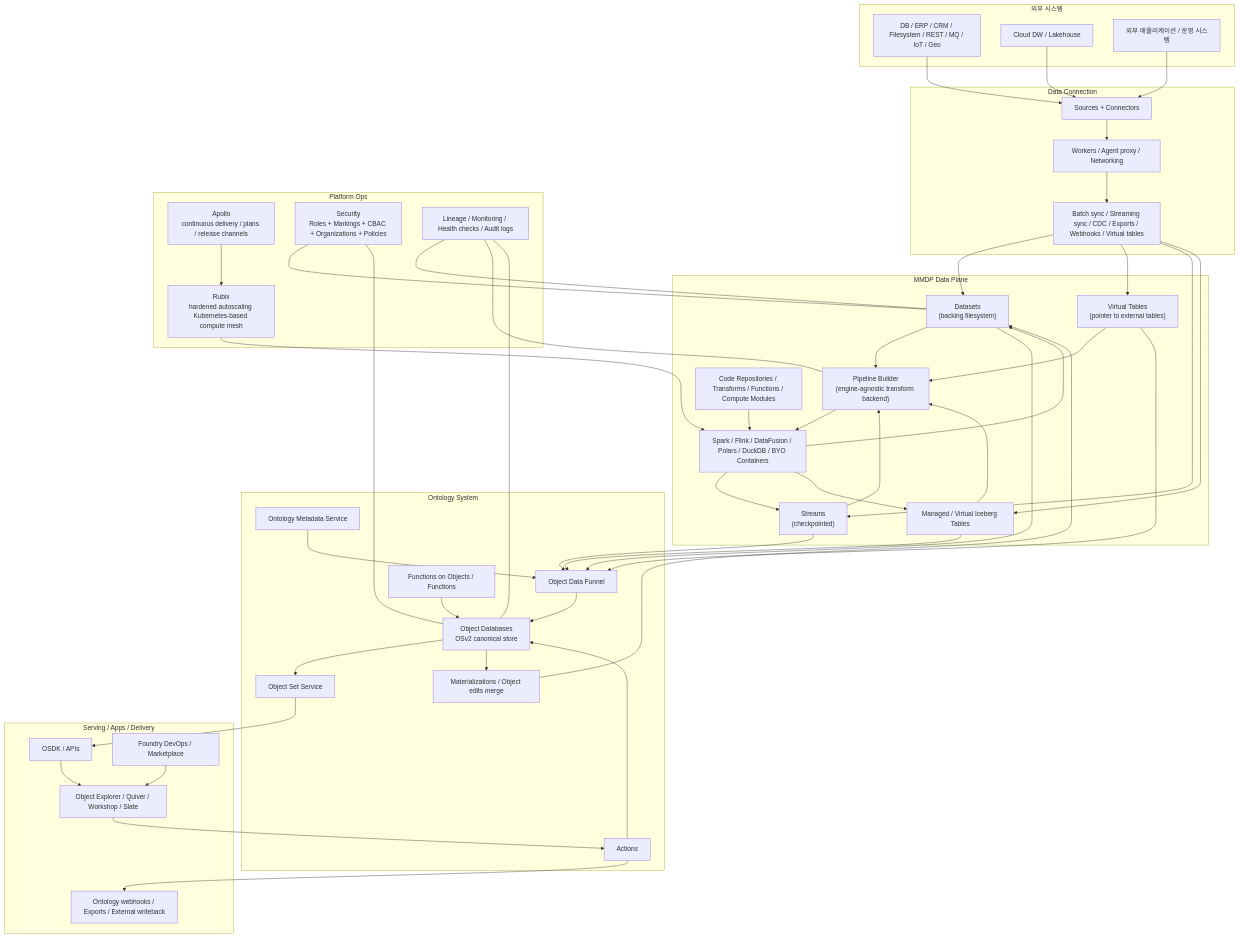
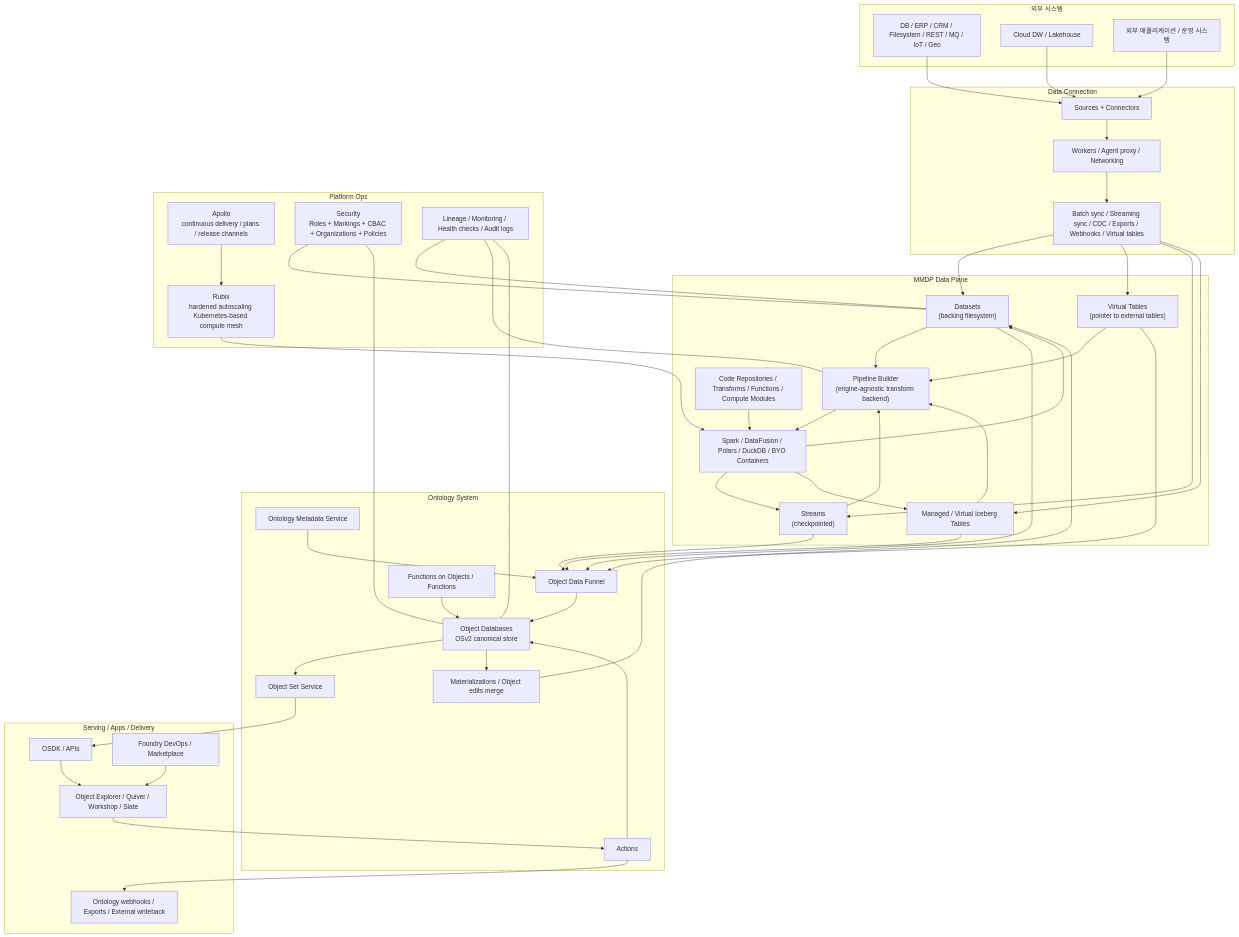
Before and after one commit to ludia8888/foundry-lite: the first of 2 diagrams in deep-research-report.md, drawn with Mermaid. The commit also changed other lines of this file and 466 other files, not shown here.

```diff
--- a/deep-research-report.md
+++ b/deep-research-report.md
@@ -81,7 +81,7 @@
         IT["Managed / Virtual Iceberg Tables"]
         PB["Pipeline Builder\n(engine-agnostic transform backend)"]
         CR["Code Repositories / Transforms / Functions / Compute Modules"]
-        ENG["Spark / Flink / DataFusion / Polars / DuckDB / BYO Containers"]
+        ENG["Spark / DataFusion / Polars / DuckDB / BYO Containers"]
     end
 
     subgraph Ontology["Ontology System"]
```
